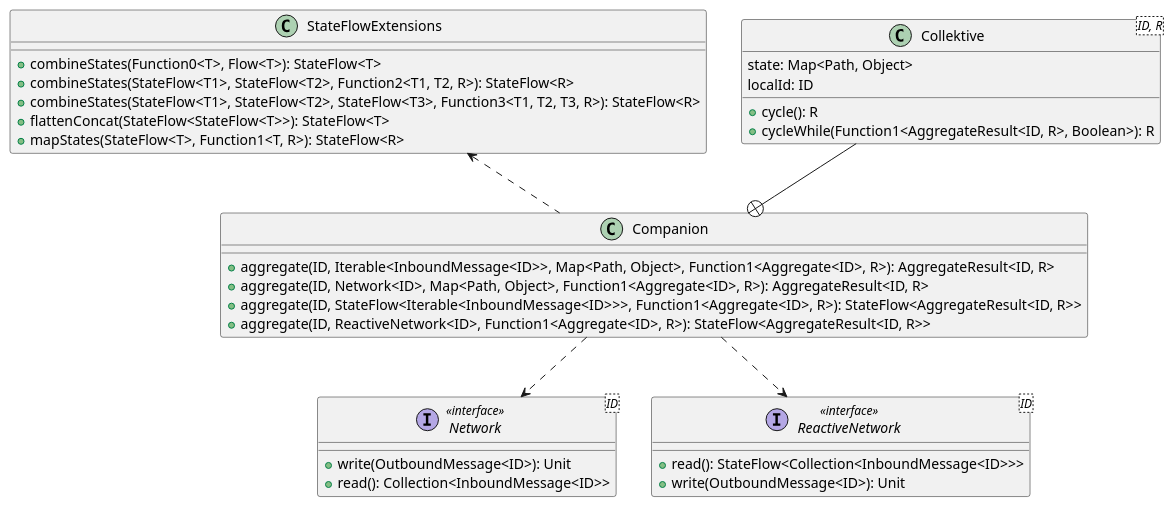
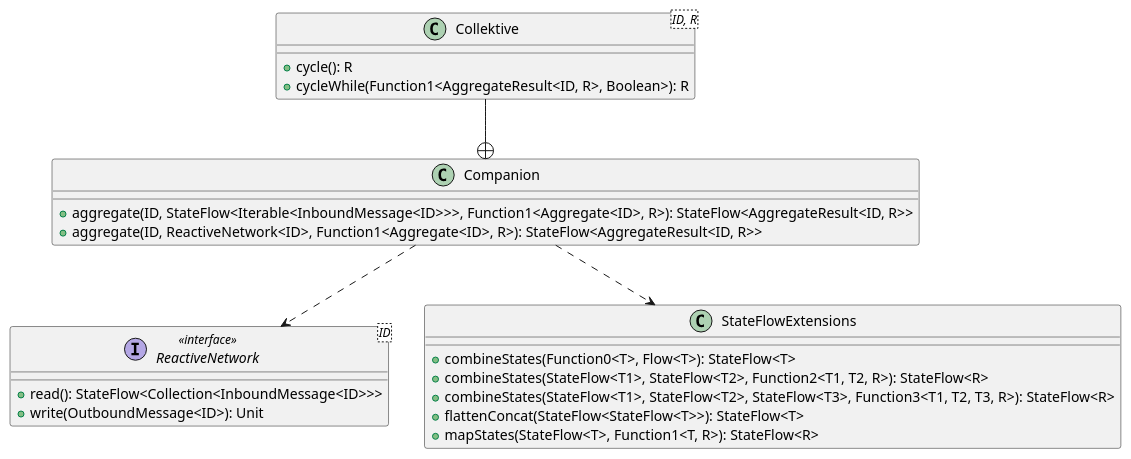
One commit to FilippoVissani/master-thesis changed the diagram in diagrams/collektive-rmsm-design.puml. Above: the diagram before and after it, drawn with PlantUML. The commit also changed 3 other files, not shown here.

Commit message:
refactor: improve diagrams

```diff
--- a/diagrams/collektive-rmsm-design.puml
+++ b/diagrams/collektive-rmsm-design.puml
@@ -1,40 +1,30 @@
 @startuml
 
 class Collektive<ID, R> {
   + cycle(): R
   + cycleWhile(Function1<AggregateResult<ID, R>, Boolean>): R
-   state: Map<Path, Object>
-   localId: ID
 }
 
 class Companion {
-  + aggregate(ID, Iterable<InboundMessage<ID>>, Map<Path, Object>, Function1<Aggregate<ID>, R>): AggregateResult<ID, R>
-  + aggregate(ID, Network<ID>, Map<Path, Object>, Function1<Aggregate<ID>, R>): AggregateResult<ID, R>
   + aggregate(ID, StateFlow<Iterable<InboundMessage<ID>>>, Function1<Aggregate<ID>, R>): StateFlow<AggregateResult<ID, R>>
   + aggregate(ID, ReactiveNetwork<ID>, Function1<Aggregate<ID>, R>): StateFlow<AggregateResult<ID, R>>
-}
-
-interface Network<ID> << interface >> {
-  + write(OutboundMessage<ID>): Unit
-  + read(): Collection<InboundMessage<ID>>
 }
 
 interface ReactiveNetwork<ID> << interface >> {
   + read(): StateFlow<Collection<InboundMessage<ID>>>
   + write(OutboundMessage<ID>): Unit
 }
 
 class StateFlowExtensions {
   + combineStates(Function0<T>, Flow<T>): StateFlow<T>
   + combineStates(StateFlow<T1>, StateFlow<T2>, Function2<T1, T2, R>): StateFlow<R>
   + combineStates(StateFlow<T1>, StateFlow<T2>, StateFlow<T3>, Function3<T1, T2, T3, R>): StateFlow<R>
   + flattenConcat(StateFlow<StateFlow<T>>): StateFlow<T>
   + mapStates(StateFlow<T>, Function1<T, R>): StateFlow<R>
 }
 
 Collektive --+ Companion
-Companion ..> Network
 Companion ..> ReactiveNetwork
-Companion .up.> StateFlowExtensions
+Companion ..> StateFlowExtensions
 
 @enduml
```
